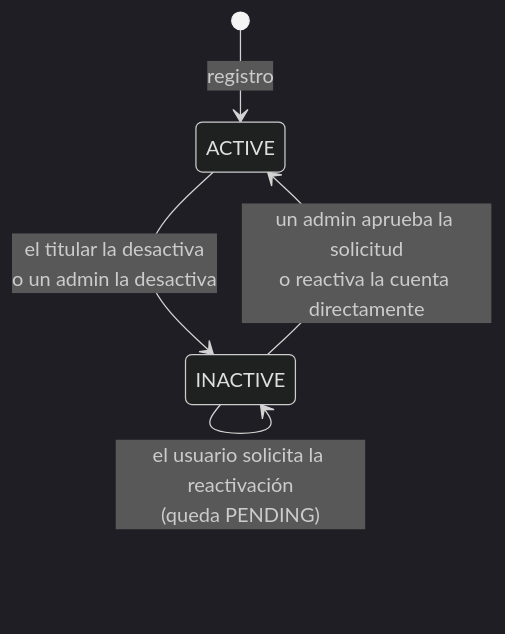
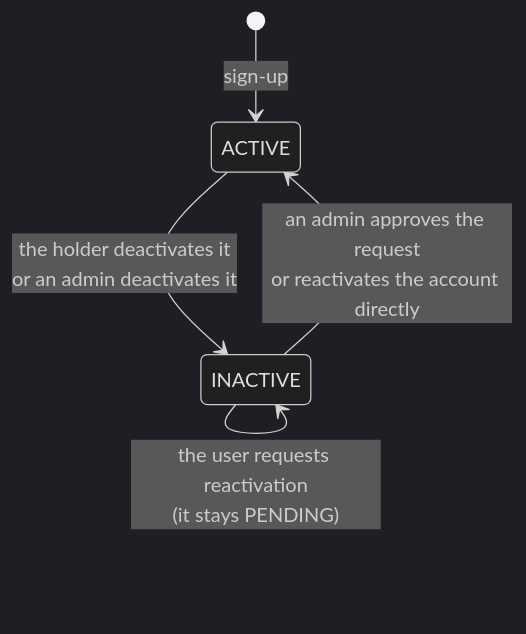
One commit to paulaciano/streamstories changed the second of 2 diagrams in docs/05-security.md. Above: the diagram before and after it, drawn with Mermaid (dark theme). The commit also changed other lines of this file and 26 other files, not shown here.

````diff
--- a/docs/05-security.md
+++ b/docs/05-security.md
@@ -64,7 +64,7 @@
 ```mermaid
 stateDiagram-v2
-    [*] --> ACTIVE : registro
-    ACTIVE --> INACTIVE : el titular la desactiva<br/>o un admin la desactiva
-    INACTIVE --> INACTIVE : el usuario solicita la reactivación<br/>(queda PENDING)
-    INACTIVE --> ACTIVE : un admin aprueba la solicitud<br/>o reactiva la cuenta directamente
+    [*] --> ACTIVE : sign-up
+    ACTIVE --> INACTIVE : the holder deactivates it<br/>or an admin deactivates it
+    INACTIVE --> INACTIVE : the user requests reactivation<br/>(it stays PENDING)
+    INACTIVE --> ACTIVE : an admin approves the request<br/>or reactivates the account directly
 ```
````
